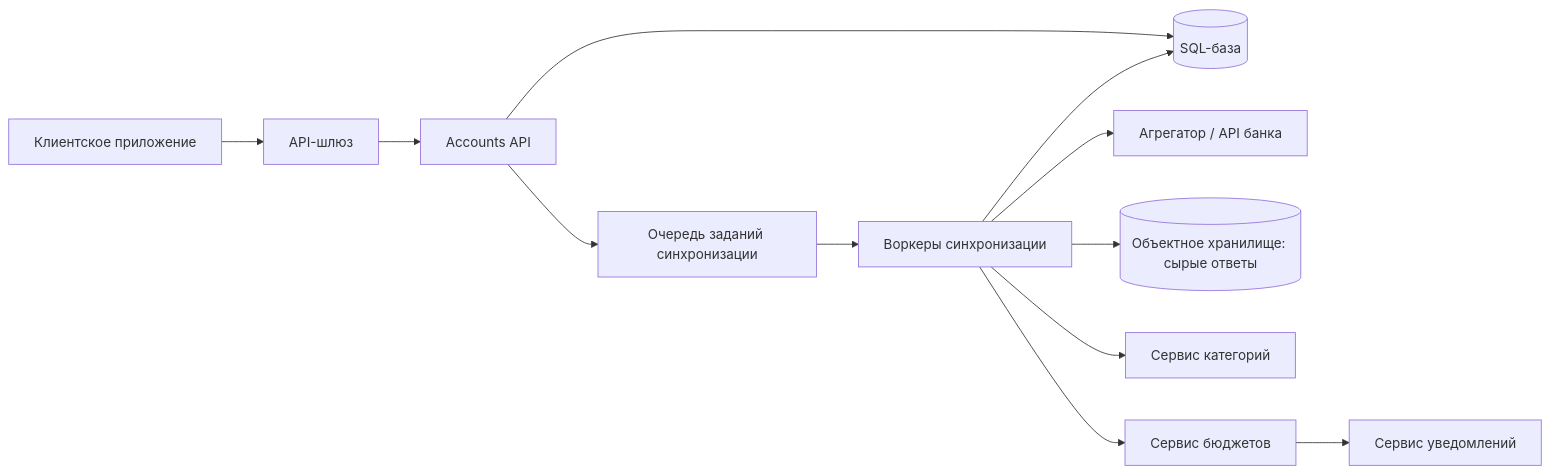
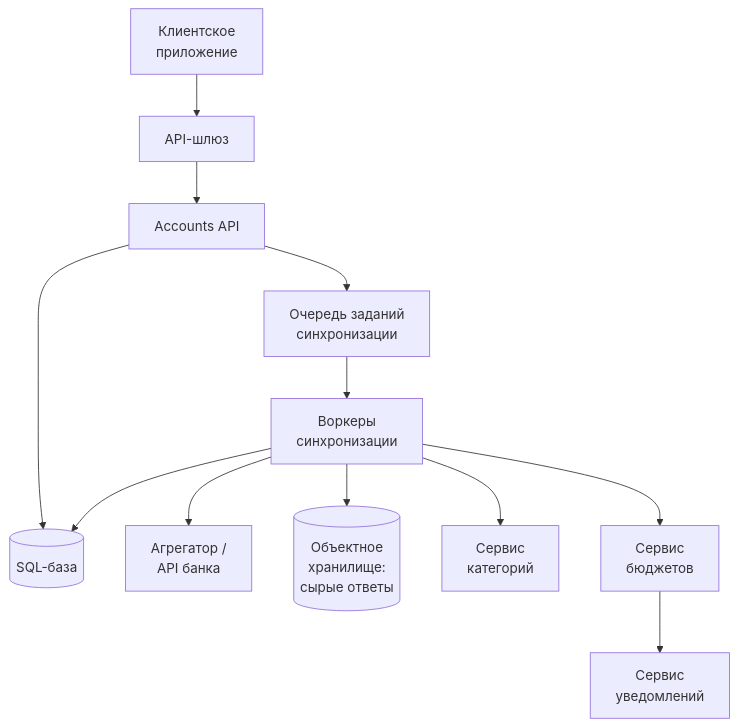
One commit to butyavk/system-design changed the first of 3 diagrams in src/content/docs/ru/practice/personal-finance-mint.mdx. Above: the diagram before and after it, drawn with Mermaid. The commit also changed other lines of this file and 144 other files, not shown here.

````diff
--- a/src/content/docs/ru/practice/personal-finance-mint.mdx
+++ b/src/content/docs/ru/practice/personal-finance-mint.mdx
@@ -76,14 +76,14 @@
 ```mermaid
-flowchart LR
-  client["Клиентское приложение"] --> api["API-шлюз"]
+flowchart TB
+  client["Клиентское<br/>приложение"] --> api["API-шлюз"]
   api --> accounts["Accounts API"]
   accounts --> db[("SQL-база")]
-  accounts --> queue["Очередь заданий синхронизации"]
-  queue --> sync["Воркеры синхронизации"]
-  sync --> provider["Агрегатор / API банка"]
-  sync --> raw[("Объектное хранилище: сырые ответы")]
-  sync --> categorize["Сервис категорий"]
+  accounts --> queue["Очередь заданий<br/>синхронизации"]
+  queue --> sync["Воркеры<br/>синхронизации"]
+  sync --> provider["Агрегатор /<br/>API банка"]
+  sync --> raw[("Объектное<br/>хранилище:<br/>сырые ответы")]
+  sync --> categorize["Сервис<br/>категорий"]
   sync --> db
-  sync --> budget["Сервис бюджетов"]
-  budget --> notify["Сервис уведомлений"]
+  sync --> budget["Сервис<br/>бюджетов"]
+  budget --> notify["Сервис<br/>уведомлений"]
 ```
````
